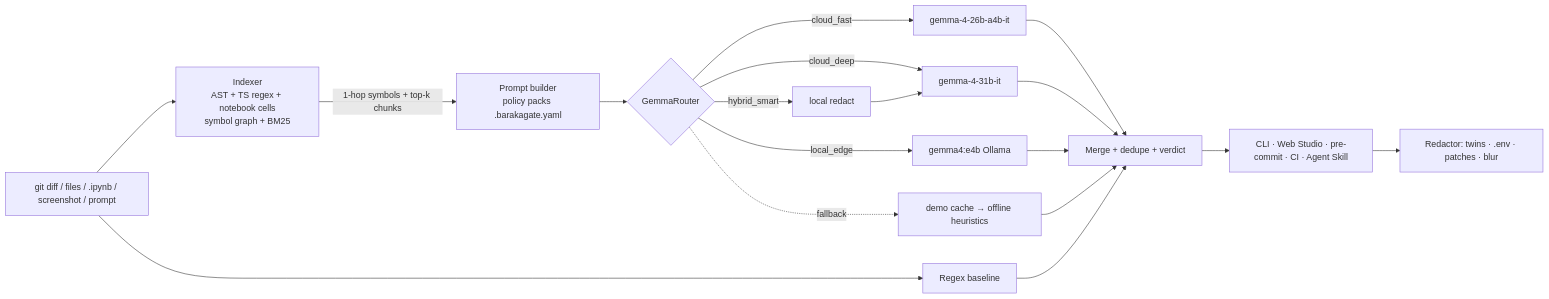
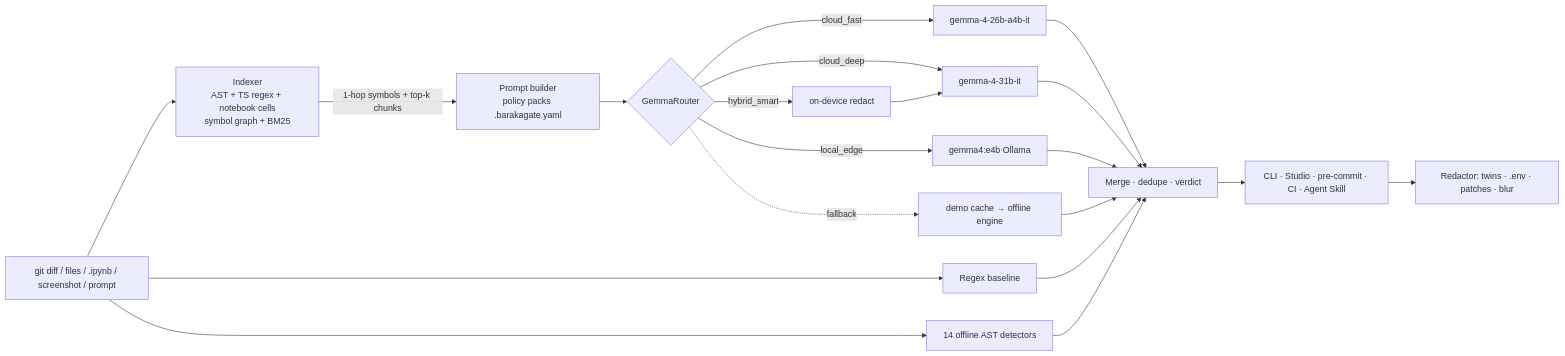
Before and after one commit to saidmakkass/Hacktoberfest26: the diagram in README.md, drawn with Mermaid. The commit also changed other lines of this file, not shown here.

Commit message:
docs: evidence-led README with key numbers, threats to validity, roadmap

````diff
--- a/README.md
+++ b/README.md
@@ -44,15 +65,16 @@
 ```mermaid
 flowchart LR
   A[git diff / files / .ipynb / screenshot / prompt] --> B[Indexer<br/>AST + TS regex + notebook cells<br/>symbol graph + BM25]
   B -->|1-hop symbols + top-k chunks| C[Prompt builder<br/>policy packs .barakagate.yaml]
   A --> R[Regex baseline]
+  A --> H0[14 offline AST detectors]
   C --> D{GemmaRouter}
   D -->|cloud_fast| E[gemma-4-26b-a4b-it]
   D -->|cloud_deep| F[gemma-4-31b-it]
   D -->|local_edge| G[gemma4:e4b Ollama]
-  D -->|hybrid_smart| G2[local redact] --> F
-  D -.fallback.-> H[demo cache → offline heuristics]
-  E & F & G & H & R --> M[Merge + dedupe + verdict]
-  M --> UI[CLI · Web Studio · pre-commit · CI · Agent Skill]
+  D -->|hybrid_smart| G2[on-device redact] --> F
+  D -.fallback.-> H[demo cache → offline engine]
+  E & F & G & H & R & H0 --> M[Merge · dedupe · verdict]
+  M --> UI[CLI · Studio · pre-commit · CI · Agent Skill]
   UI --> X[Redactor: twins · .env · patches · blur]
 ```
````
